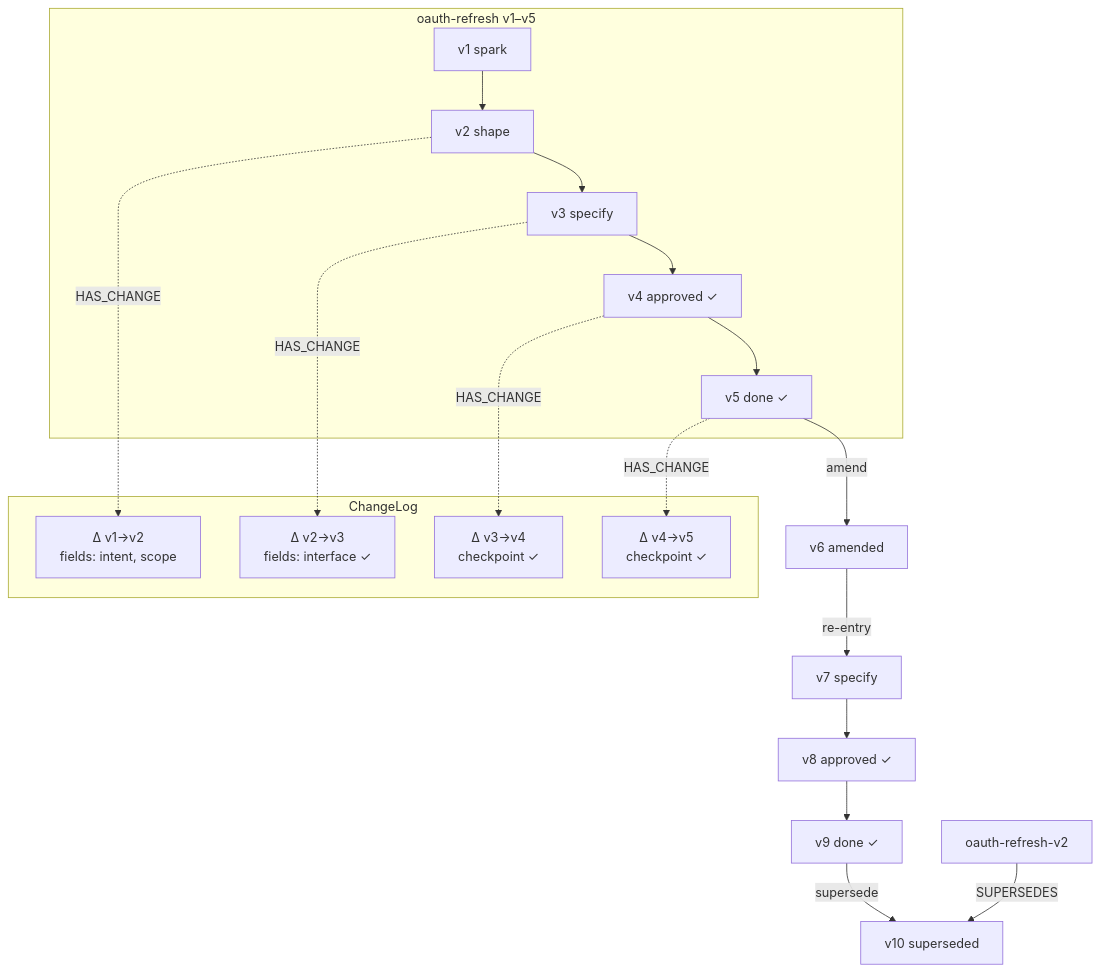
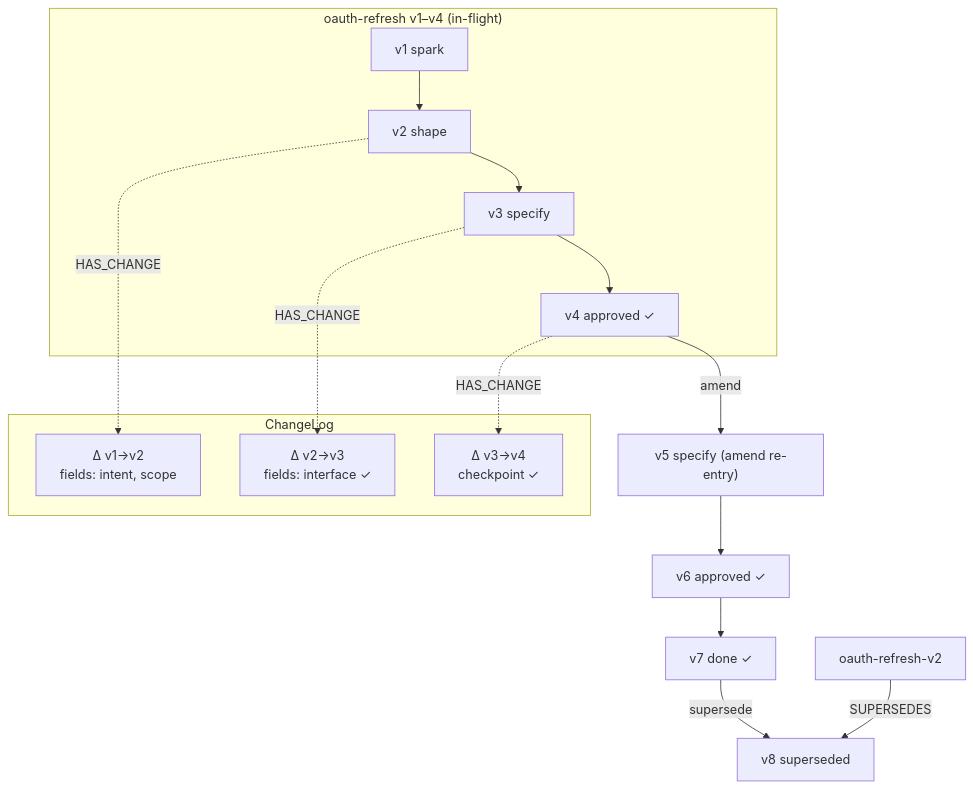
Before and after one commit to specgraph/specgraph: the second of 2 diagrams in site/docs/concepts/specs.md, drawn with Mermaid. The commit also changed other lines of this file and 39 other files, not shown here.

First line of the commit message:
feat: lifecycle nomenclature inversion — amend from in-flight, supersede from done (#889)

````diff
--- a/site/docs/concepts/specs.md
+++ b/site/docs/concepts/specs.md
@@ -153,29 +153,25 @@
 ```mermaid
 graph TD
-    subgraph Spec["oauth-refresh v1–v5"]
+    subgraph Spec["oauth-refresh v1–v4 (in-flight)"]
         V1["v1 spark"] --> V2["v2 shape"]
         V2 --> V3["v3 specify"]
         V3 --> V4["v4 approved ✓"]
-        V4 --> V5["v5 done ✓"]
     end
 
     subgraph CL["ChangeLog"]
         C1["Δ v1→v2<br/>fields: intent, scope"]
         C2["Δ v2→v3<br/>fields: interface ✓"]
         C3["Δ v3→v4<br/>checkpoint ✓"]
-        C4["Δ v4→v5<br/>checkpoint ✓"]
     end
 
     V2 -.->|HAS_CHANGE| C1
     V3 -.->|HAS_CHANGE| C2
     V4 -.->|HAS_CHANGE| C3
-    V5 -.->|HAS_CHANGE| C4
 
-    V5 -->|amend| A["v6 amended"]
-    A -->|re-entry| V7["v7 specify"]
-    V7 --> V8["v8 approved ✓"]
-    V8 --> V9["v9 done ✓"]
+    V4 -->|amend| A["v5 specify (amend re-entry)"]
+    A --> V8["v6 approved ✓"]
+    V8 --> V9["v7 done ✓"]
 
-    V9 -->|supersede| S["v10 superseded"]
+    V9 -->|supersede| S["v8 superseded"]
     NEW["oauth-refresh-v2"] -->|SUPERSEDES| S
 ```
````
